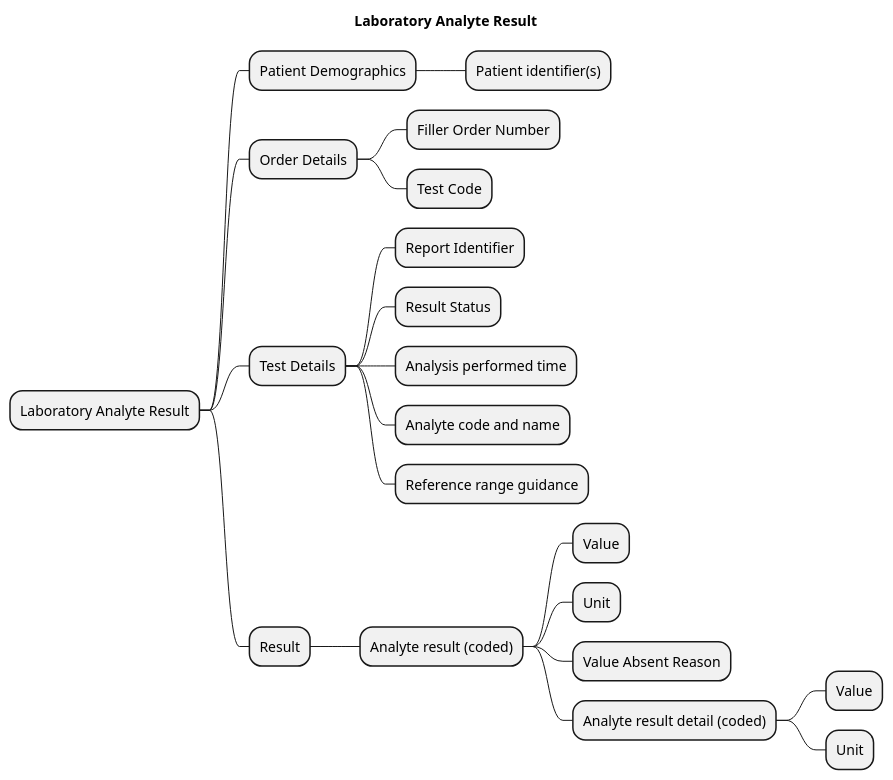
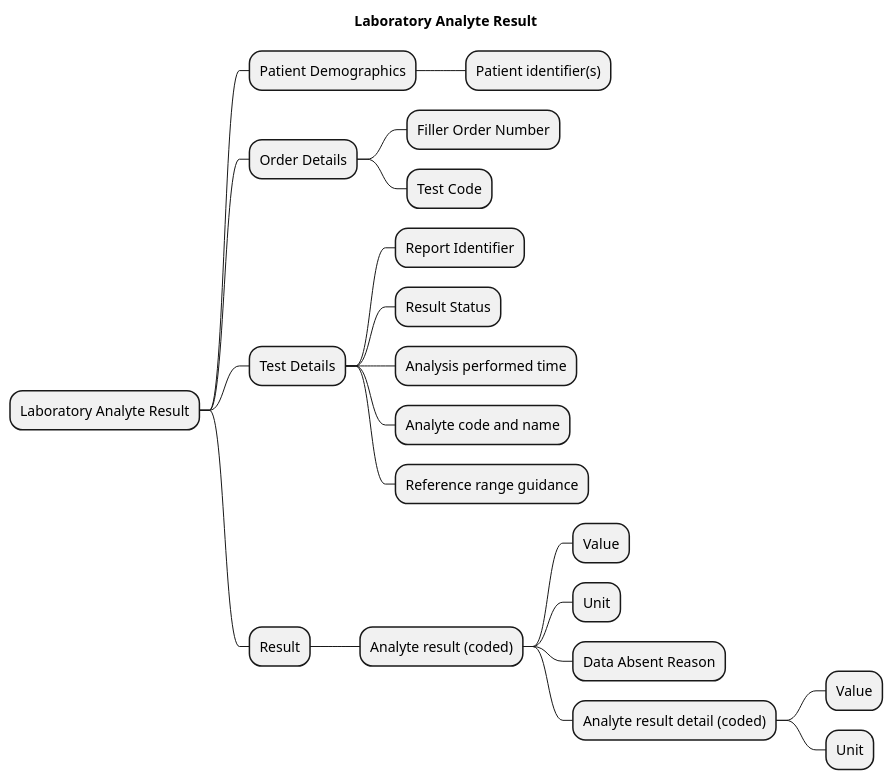
One commit to nw-gmsa/nw-gmsa.github.com changed the diagram in input/images-source/LaboratoryAnalyteResult-mindmap.plantuml. Above: the diagram before and after it, drawn with PlantUML. The commit also changed 1 other file, not shown here.

```diff
--- a/input/images-source/LaboratoryAnalyteResult-mindmap.plantuml
+++ b/input/images-source/LaboratoryAnalyteResult-mindmap.plantuml
@@ -1,26 +1,26 @@
 @startmindmap
 
 title "Laboratory Analyte Result"
 
 * Laboratory Analyte Result
 ** Patient Demographics
 *** Patient identifier(s)
 ** Order Details
 *** Filler Order Number
 *** Test Code
 ** Test Details
 *** Report Identifier
 *** Result Status
 *** Analysis performed time
 *** Analyte code and name
 *** Reference range guidance
 ** Result
 *** Analyte result (coded)
 **** Value
 **** Unit
-**** Value Absent Reason
+**** Data Absent Reason
 **** Analyte result detail (coded)
 ***** Value
 ***** Unit
 
 @endmindmap
```
